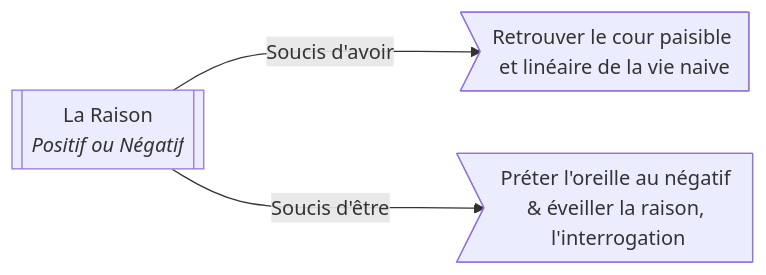
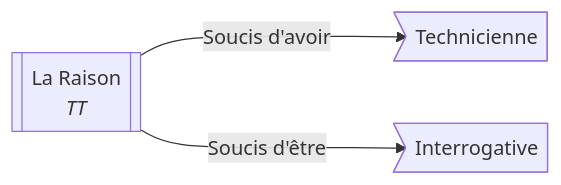
One commit to fiches-me/kerna changed the third of 3 diagrams in content/philo/1LiberteSacrifices.md. Above: the diagram before and after it, drawn with Mermaid. The commit also changed other lines of this file, not shown here.

````diff
--- a/content/philo/1LiberteSacrifices.md
+++ b/content/philo/1LiberteSacrifices.md
@@ -164,9 +168,9 @@
 ```mermaid
 graph LR
     main[["`La Raison
-    *Positif ou Négatif*`"]]
-    b1>Retrouver le cour paisible et linéaire de la vie naive]
-    b2>Préter l'oreille au négatif & éveiller la raison, l'interrogation]
+    *TT*`"]]
+    b1>Technicienne]
+    b2>Interrogative]
     main -- Soucis d'avoir ---> b1
     main -- Soucis d'être  ---> b2
 ```
````
